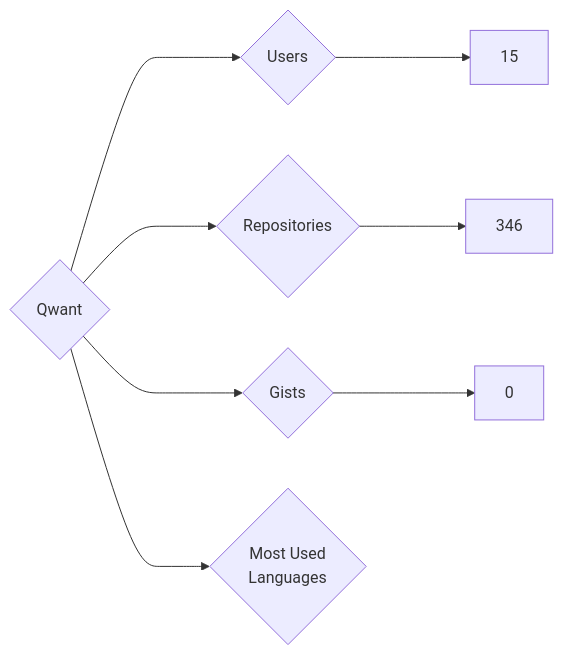
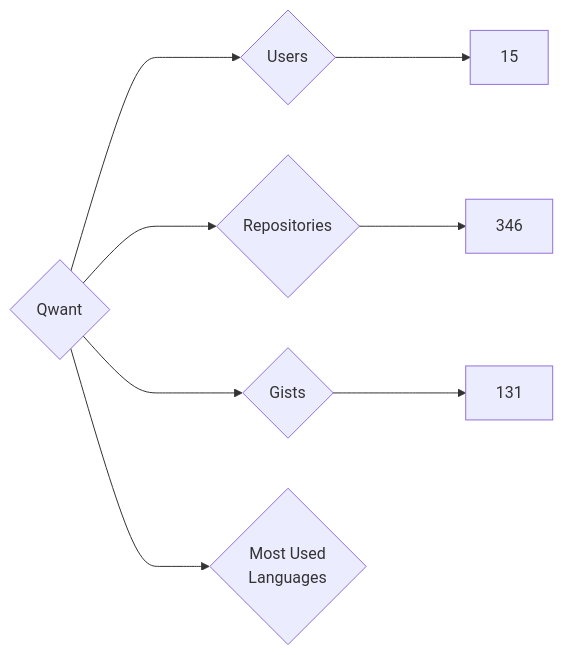
The diagram in targets/Qwant/README.md (nenadzaric/insiders), drawn with Mermaid before and after one commit. The commit also changed 1342 other files, not shown here.

````diff
--- a/targets/Qwant/README.md
+++ b/targets/Qwant/README.md
@@ -3,8 +3,8 @@
 ```mermaid
 graph LR
 COMPANY_NAME{Qwant}
 COMPANY_NAME ---> U{Users} ---> UN[15]
 COMPANY_NAME ---> R{Repositories} ---> RN[346]
-COMPANY_NAME ---> G{Gists} ---> GN[0]
+COMPANY_NAME ---> G{Gists} ---> GN[131]
 COMPANY_NAME ---> ML{Most Used<br>Languages}
 ```
````
